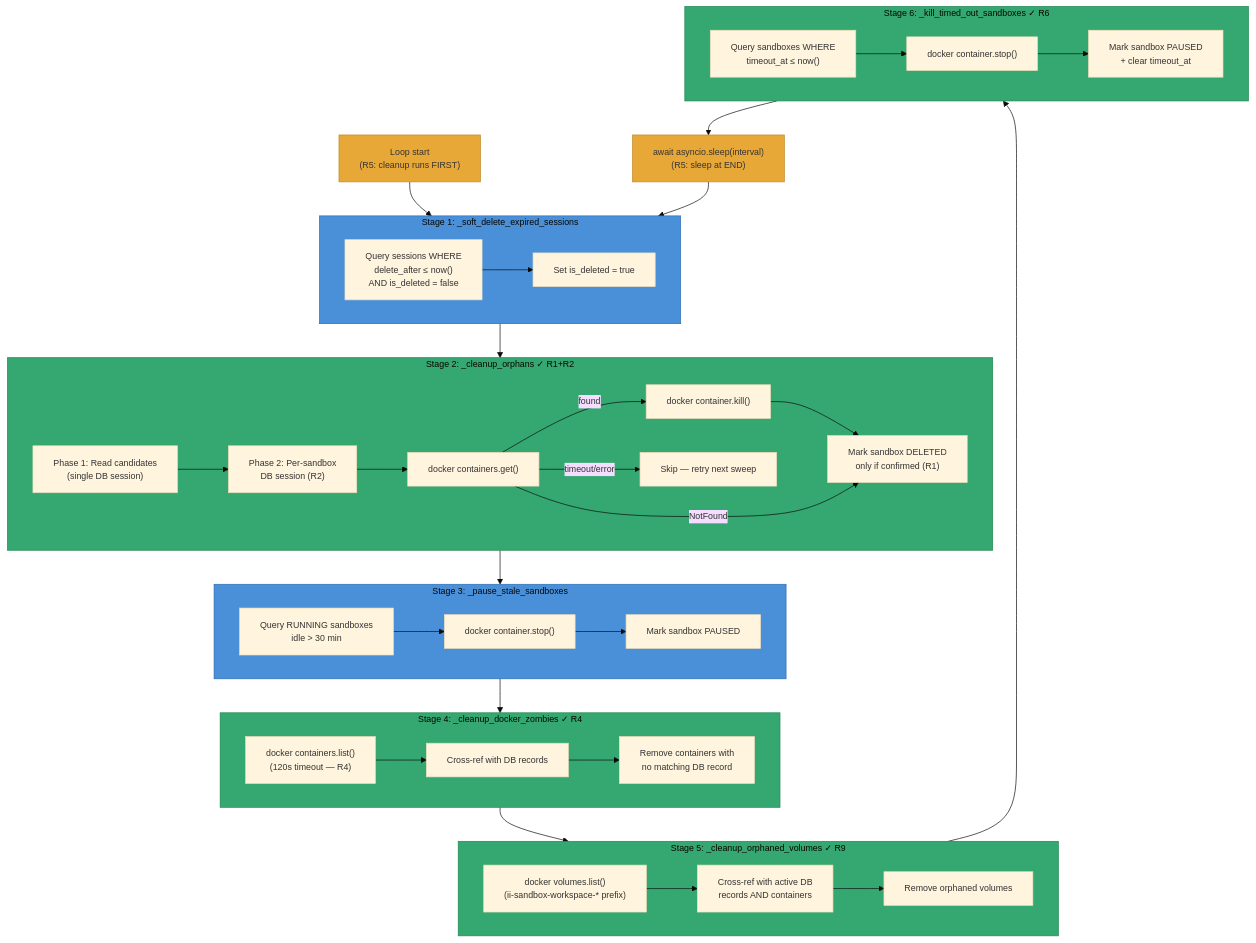
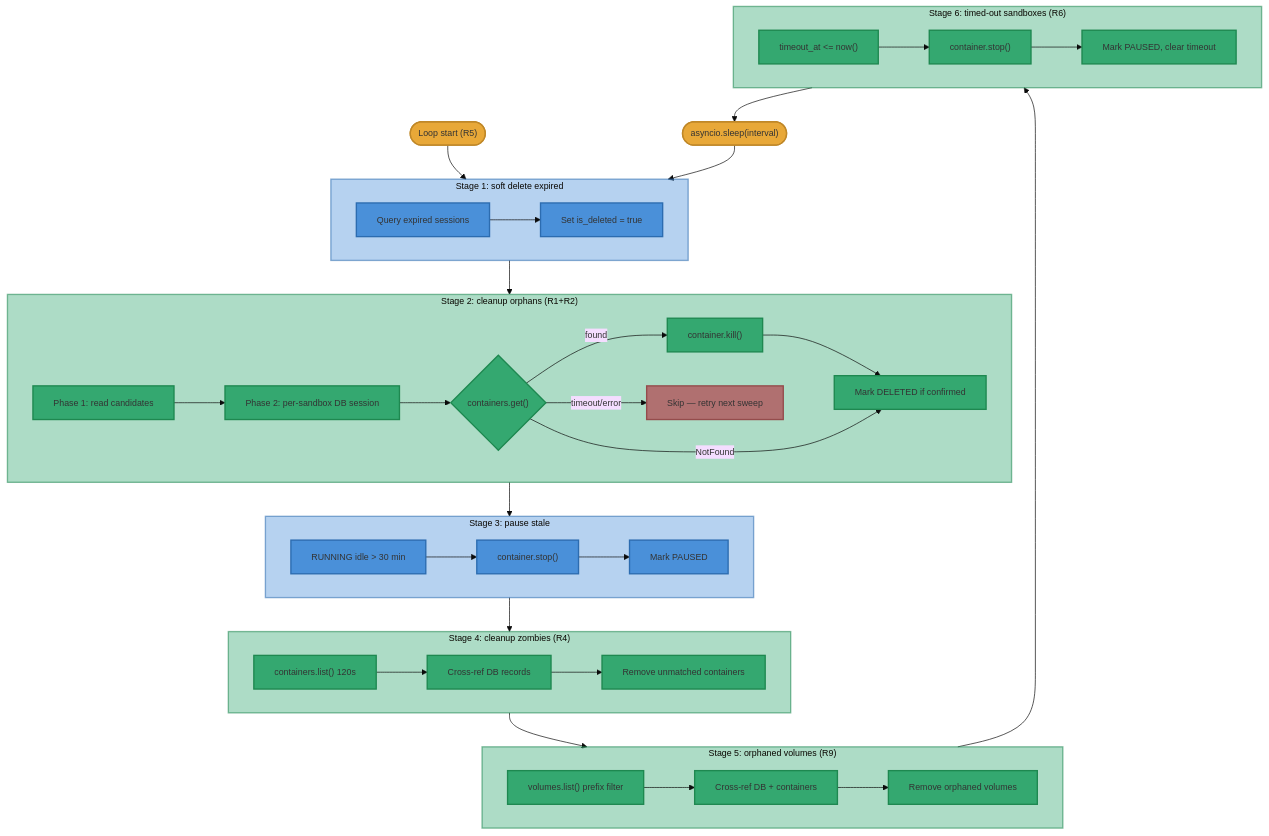
The third of 4 diagrams in docs/design-docs/sandbox-lifecycle-assessment.md (Intelligent-Internet/ii-agent), drawn with Mermaid before and after one commit. The commit also changed other lines of this file and 72 other files, not shown here.

````diff
--- a/docs/design-docs/sandbox-lifecycle-assessment.md
+++ b/docs/design-docs/sandbox-lifecycle-assessment.md
@@ -164,72 +180,59 @@
 ```mermaid
 %%{init: {'theme':'base', 'themeVariables': {'fontFamily': 'Arial, sans-serif', 'fontSize': '13px', 'fontWeight': 'normal'}}}%%
 flowchart TD
-    START["Loop start<br/>(R5: cleanup runs FIRST)"] --> S1
+    START(["Loop start (R5)"]) --> S1
 
-    subgraph S1["Stage 1: _soft_delete_expired_sessions"]
-        S1A["Query sessions WHERE<br/>delete_after ≤ now()<br/>AND is_deleted = false"]
-        S1B["Set is_deleted = true"]
-        S1A --> S1B
+    subgraph S1["Stage 1: soft delete expired"]
+        S1A["Query expired sessions"] --> S1B["Set is_deleted = true"]
     end
 
-    S1 --> S2
-
-    subgraph S2["Stage 2: _cleanup_orphans  ✓ R1+R2"]
-        S2A["Phase 1: Read candidates<br/>(single DB session)"]
-        S2B["Phase 2: Per-sandbox<br/>DB session (R2)"]
-        S2C["docker containers.get()"]
-        S2D["docker container.kill()"]
-        S2E["Mark sandbox DELETED<br/>only if confirmed (R1)"]
-        S2A --> S2B --> S2C
-        S2C -->|"found"| S2D --> S2E
-        S2C -->|"NotFound"| S2E
-        S2C -->|"timeout/error"| S2F["Skip — retry next sweep"]
+    subgraph S2["Stage 2: cleanup orphans (R1+R2)"]
+        S2A["Phase 1: read candidates"] --> S2B["Phase 2: per-sandbox DB session"]
+        S2B --> S2C{"containers.get()"}
+        S2C -->|found| S2D["container.kill()"]
+        S2D --> S2E["Mark DELETED if confirmed"]
+        S2C -->|NotFound| S2E
+        S2C -->|timeout/error| S2F["Skip — retry next sweep"]
     end
 
-    S2 --> S3
-
-    subgraph S3["Stage 3: _pause_stale_sandboxes"]
-        S3A["Query RUNNING sandboxes<br/>idle > 30 min"]
-        S3B["docker container.stop()"]
-        S3C["Mark sandbox PAUSED"]
-        S3A --> S3B --> S3C
+    subgraph S3["Stage 3: pause stale"]
+        S3A["RUNNING idle > 30 min"] --> S3B["container.stop()"]
+        S3B --> S3C["Mark PAUSED"]
     end
 
-    S3 --> S4
-
-    subgraph S4["Stage 4: _cleanup_docker_zombies  ✓ R4"]
-        S4A["docker containers.list()<br/>(120s timeout — R4)"]
-        S4B["Cross-ref with DB records"]
-        S4C["Remove containers with<br/>no matching DB record"]
-        S4A --> S4B --> S4C
+    subgraph S4["Stage 4: cleanup zombies (R4)"]
+        S4A["containers.list() 120s"] --> S4B["Cross-ref DB records"]
+        S4B --> S4C["Remove unmatched containers"]
     end
 
-    S4 --> S5
-
-    subgraph S5["Stage 5: _cleanup_orphaned_volumes  ✓ R9"]
-        S5A["docker volumes.list()<br/>(ii-sandbox-workspace-* prefix)"]
-        S5B["Cross-ref with active DB<br/>records AND containers"]
-        S5C["Remove orphaned volumes"]
-        S5A --> S5B --> S5C
+    subgraph S5["Stage 5: orphaned volumes (R9)"]
+        S5A["volumes.list() prefix filter"] --> S5B["Cross-ref DB + containers"]
+        S5B --> S5C["Remove orphaned volumes"]
     end
 
-    S5 --> S6
-
-    subgraph S6["Stage 6: _kill_timed_out_sandboxes  ✓ R6"]
-        S6A["Query sandboxes WHERE<br/>timeout_at ≤ now()"]
-        S6B["docker container.stop()"]
-        S6C["Mark sandbox PAUSED<br/>+ clear timeout_at"]
-        S6A --> S6B --> S6C
+    subgraph S6["Stage 6: timed-out sandboxes (R6)"]
+        S6A["timeout_at <= now()"] --> S6B["container.stop()"]
+        S6B --> S6C["Mark PAUSED, clear timeout"]
     end
 
-    S6 --> SLEEP["await asyncio.sleep(interval)<br/>(R5: sleep at END)"]
+    S1 --> S2 --> S3 --> S4 --> S5 --> S6
+    S6 --> SLEEP(["asyncio.sleep(interval)"])
     SLEEP --> S1
 
-    classDef fixed fill:#34a870,stroke:#1e8850
-    classDef normal fill:#4a90d9,stroke:#2c6cb0
-    classDef sleep fill:#e8a838,stroke:#c08828
+    style S1 fill:#4a90d966,stroke:#2c6cb08C,stroke-width:2px
+    style S2 fill:#34a87066,stroke:#1e88508C,stroke-width:2px
+    style S3 fill:#4a90d966,stroke:#2c6cb08C,stroke-width:2px
+    style S4 fill:#34a87066,stroke:#1e88508C,stroke-width:2px
+    style S5 fill:#34a87066,stroke:#1e88508C,stroke-width:2px
+    style S6 fill:#34a87066,stroke:#1e88508C,stroke-width:2px
 
-    class S2,S4,S5,S6 fixed
-    class S1,S3 normal
+    classDef fixed fill:#34a870,stroke:#1e8850,stroke-width:2px
+    classDef normal fill:#4a90d9,stroke:#2c6cb0,stroke-width:2px
+    classDef sleep fill:#e8a838,stroke:#c08828,stroke-width:2px
+    classDef skip fill:#b07070,stroke:#944c4c,stroke-width:2px
+
+    class S1A,S1B,S3A,S3B,S3C normal
+    class S2A,S2B,S2C,S2D,S2E,S4A,S4B,S4C,S5A,S5B,S5C,S6A,S6B,S6C fixed
+    class S2F skip
     class START,SLEEP sleep
 ```
````
